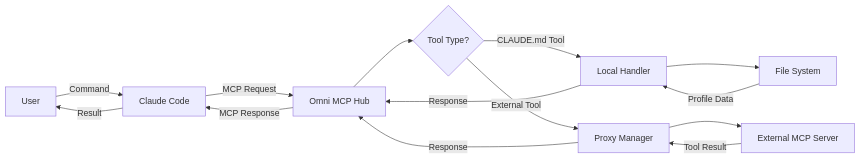
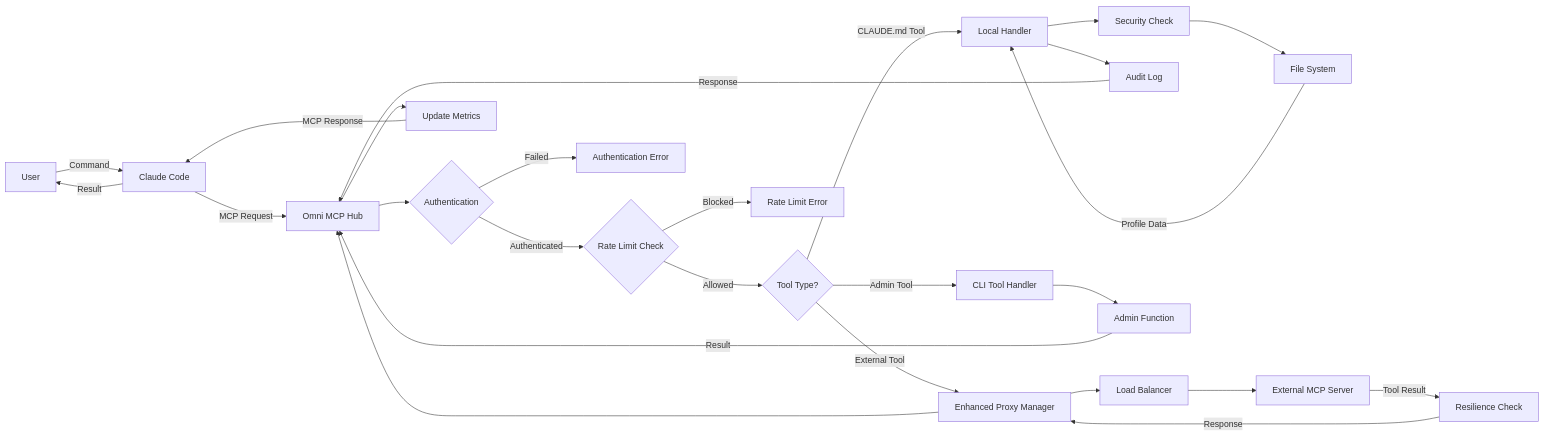
Before and after one commit to reivosar/omni-mcp-hub: the second of 2 diagrams in README.md, drawn with Mermaid. The commit also changed other lines of this file and 4 other files, not shown here.

````diff
--- a/README.md
+++ b/README.md
@@ -371,20 +546,34 @@
 ```mermaid
 flowchart LR
     User[User] -->|Command| Claude[Claude Code]
     Claude -->|MCP Request| Hub[Omni MCP Hub]
     
-    Hub --> Decision{Tool Type?}
+    Hub --> Auth{Authentication}
+    Auth -->|Authenticated| RateLimit{Rate Limit Check}
+    RateLimit -->|Allowed| Decision{Tool Type?}
     
     Decision -->|CLAUDE.md Tool| LocalHandler[Local Handler]
-    LocalHandler --> FileSystem[File System]
+    LocalHandler --> Security[Security Check]
+    Security --> FileSystem[File System]
     FileSystem -->|Profile Data| LocalHandler
-    LocalHandler -->|Response| Hub
+    LocalHandler --> AuditLog[Audit Log]
+    AuditLog -->|Response| Hub
     
-    Decision -->|External Tool| ProxyManager[Proxy Manager]
-    ProxyManager --> ExtServer[External MCP Server]
-    ExtServer -->|Tool Result| ProxyManager
-    ProxyManager -->|Response| Hub
+    Decision -->|External Tool| ProxyManager[Enhanced Proxy Manager]
+    ProxyManager --> LoadBalancer[Load Balancer]
+    LoadBalancer --> ExtServer[External MCP Server]
+    ExtServer -->|Tool Result| Resilience[Resilience Check]
+    Resilience -->|Response| ProxyManager
+    ProxyManager --> Hub
     
-    Hub -->|MCP Response| Claude
+    Decision -->|Admin Tool| CLIHandler[CLI Tool Handler]
+    CLIHandler --> AdminFunction[Admin Function]
+    AdminFunction -->|Result| Hub
+    
+    Hub --> Metrics[Update Metrics]
+    Metrics -->|MCP Response| Claude
     Claude -->|Result| User
+    
+    Auth -->|Failed| AuthError[Authentication Error]
+    RateLimit -->|Blocked| RateError[Rate Limit Error]
 ```
````
